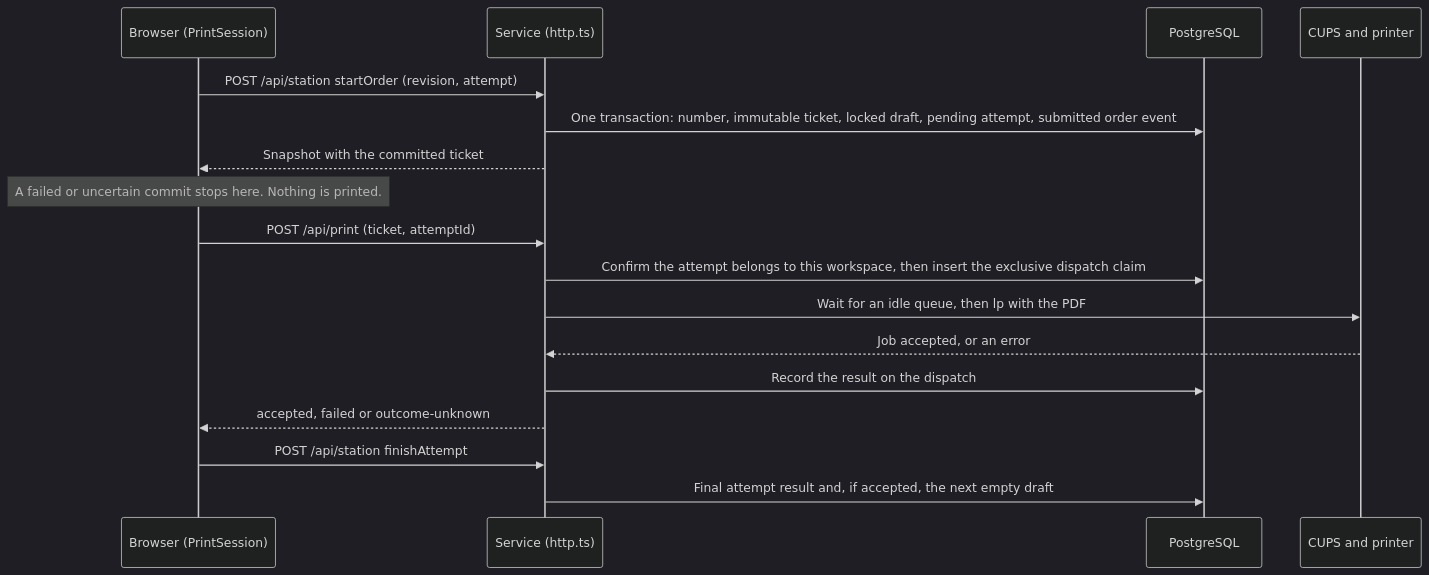
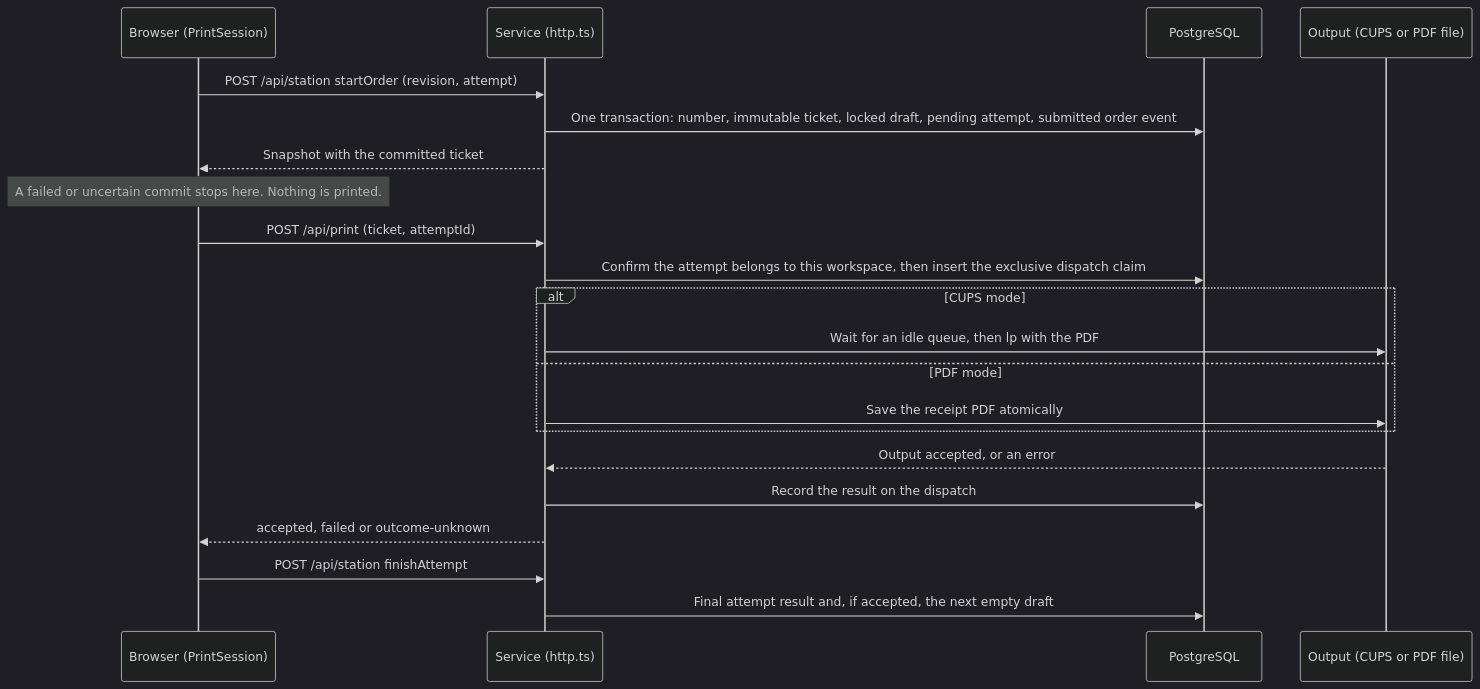
Before and after one commit to castab/event-order-pad: the second of 2 diagrams in README.md, drawn with Mermaid (dark theme). The commit also changed other lines of this file and 17 other files, not shown here.

Commit message:
Add PDF-only development printing and receipt viewing (#9)

````diff
--- a/README.md
+++ b/README.md
@@ -44,19 +46,23 @@
 ```mermaid
 sequenceDiagram
   participant B as Browser (PrintSession)
   participant S as Service (http.ts)
   participant D as PostgreSQL
-  participant C as CUPS and printer
+  participant C as Output (CUPS or PDF file)
   B->>S: POST /api/station startOrder (revision, attempt)
   S->>D: One transaction: number, immutable ticket, locked draft, pending attempt, submitted order event
   S-->>B: Snapshot with the committed ticket
   Note over B: A failed or uncertain commit stops here. Nothing is printed.
   B->>S: POST /api/print (ticket, attemptId)
   S->>D: Confirm the attempt belongs to this workspace, then insert the exclusive dispatch claim
-  S->>C: Wait for an idle queue, then lp with the PDF
-  C-->>S: Job accepted, or an error
+  alt CUPS mode
+    S->>C: Wait for an idle queue, then lp with the PDF
+  else PDF mode
+    S->>C: Save the receipt PDF atomically
+  end
+  C-->>S: Output accepted, or an error
   S->>D: Record the result on the dispatch
   S-->>B: accepted, failed or outcome-unknown
   B->>S: POST /api/station finishAttempt
   S->>D: Final attempt result and, if accepted, the next empty draft
 ```
````
